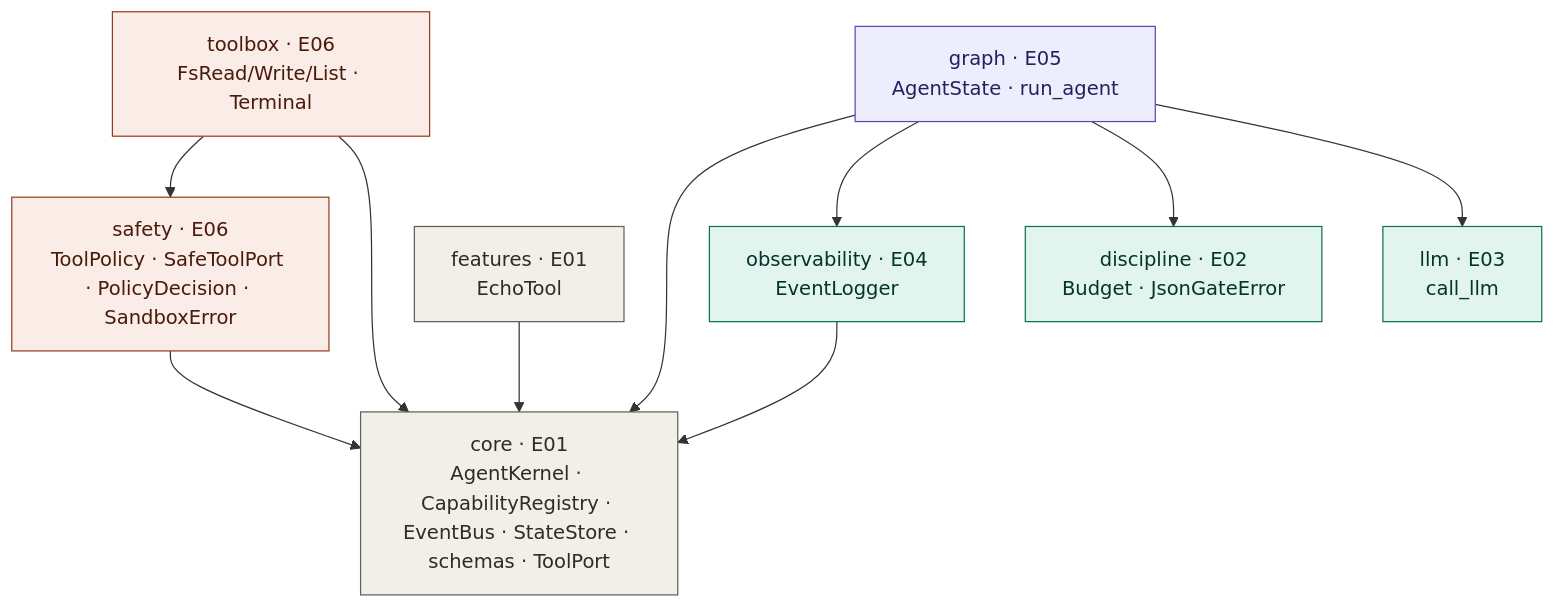
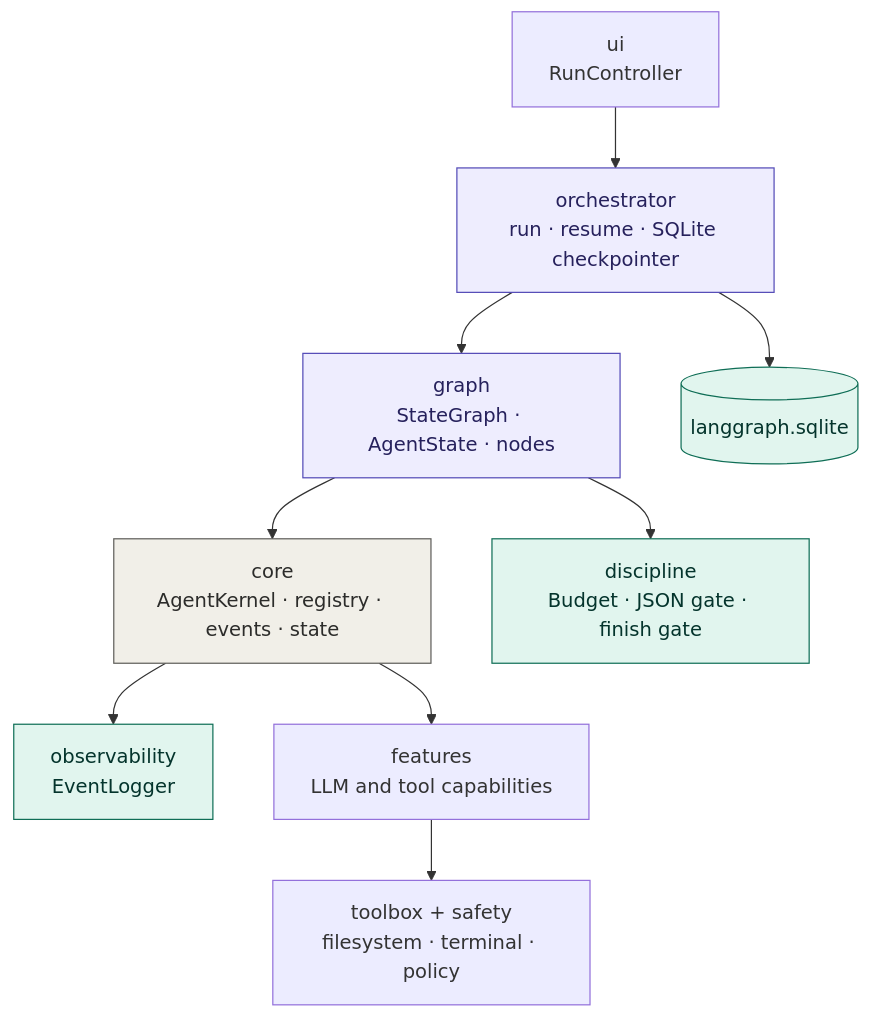
One commit to larvaai/hex_agent changed the diagram in docs/class_dependency.mermaid. Above: the diagram before and after it, drawn with Mermaid. The commit also changed 21 other files, not shown here.

```diff
--- a/docs/class_dependency.mermaid
+++ b/docs/class_dependency.mermaid
@@ -1,29 +1,27 @@
 flowchart TD
-    graph_["graph · E05<br/>AgentState · run_agent"]
-    toolbox["toolbox · E06<br/>FsRead/Write/List · Terminal"]
-    safety["safety · E06<br/>ToolPolicy · SafeToolPort · PolicyDecision · SandboxError"]
-    observability["observability · E04<br/>EventLogger"]
-    features["features · E01<br/>EchoTool"]
-    discipline["discipline · E02<br/>Budget · JsonGateError"]
-    llm["llm · E03<br/>call_llm"]
-    core["core · E01<br/>AgentKernel · CapabilityRegistry · EventBus · StateStore · schemas · ToolPort"]
+    ui["ui<br/>RunController"]
+    orchestrator["orchestrator<br/>run · resume · SQLite checkpointer"]
+    graph_["graph<br/>StateGraph · AgentState · nodes"]
+    core["core<br/>AgentKernel · registry · events · state"]
+    discipline["discipline<br/>Budget · JSON gate · finish gate"]
+    observability["observability<br/>EventLogger"]
+    features["features<br/>LLM and tool capabilities"]
+    toolbox["toolbox + safety<br/>filesystem · terminal · policy"]
+    sqlite[("langgraph.sqlite")]
 
+    ui --> orchestrator
+    orchestrator --> graph_
+    orchestrator --> sqlite
     graph_ --> core
-    graph_ --> observability
     graph_ --> discipline
-    graph_ --> llm
-    toolbox --> safety
-    toolbox --> core
-    safety --> core
-    observability --> core
-    features --> core
+    core --> features
+    features --> toolbox
+    core --> observability
 
-    classDef e01 fill:#F1EFE8,stroke:#5F5E5A,color:#2C2C2A;
-    classDef e02 fill:#E1F5EE,stroke:#0F6E56,color:#04342C;
-    classDef e05 fill:#EEEDFE,stroke:#534AB7,color:#26215C;
-    classDef e06 fill:#FAECE7,stroke:#993C1D,color:#4A1B0C;
+    classDef kernel fill:#F1EFE8,stroke:#5F5E5A,color:#2C2C2A;
+    classDef runtime fill:#EEEDFE,stroke:#534AB7,color:#26215C;
+    classDef support fill:#E1F5EE,stroke:#0F6E56,color:#04342C;
 
-    class core,features e01;
-    class discipline,llm,observability e02;
-    class graph_ e05;
-    class toolbox,safety e06;
+    class core kernel;
+    class graph_,orchestrator runtime;
+    class discipline,observability,sqlite support;
```
